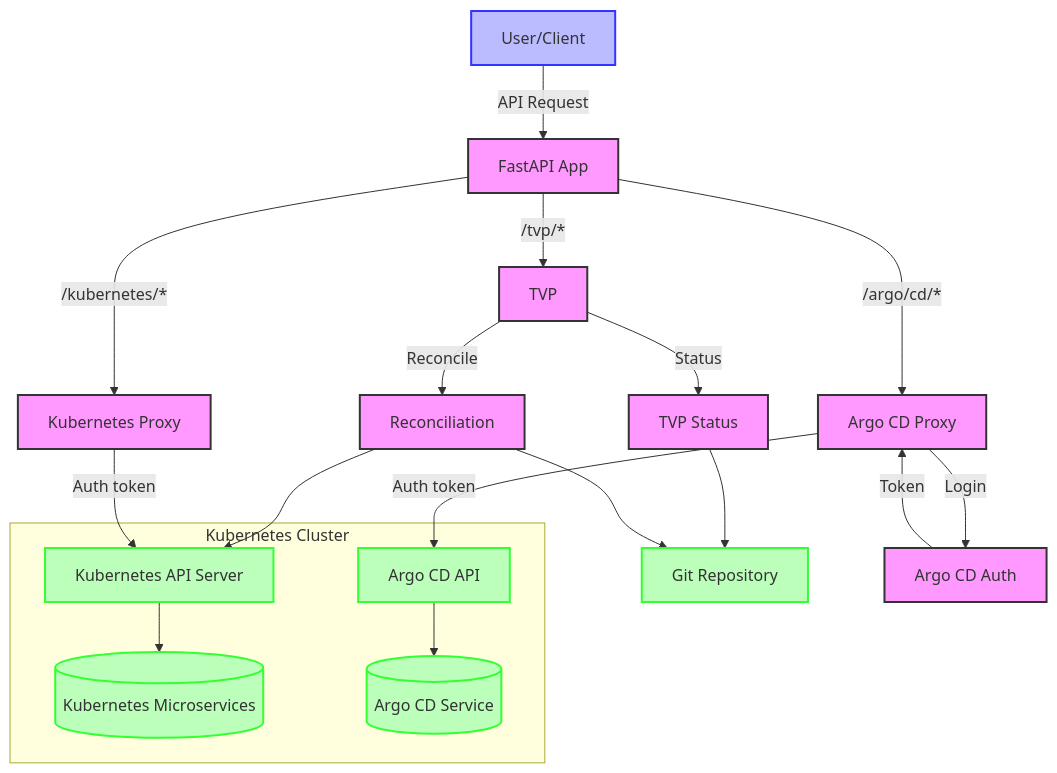
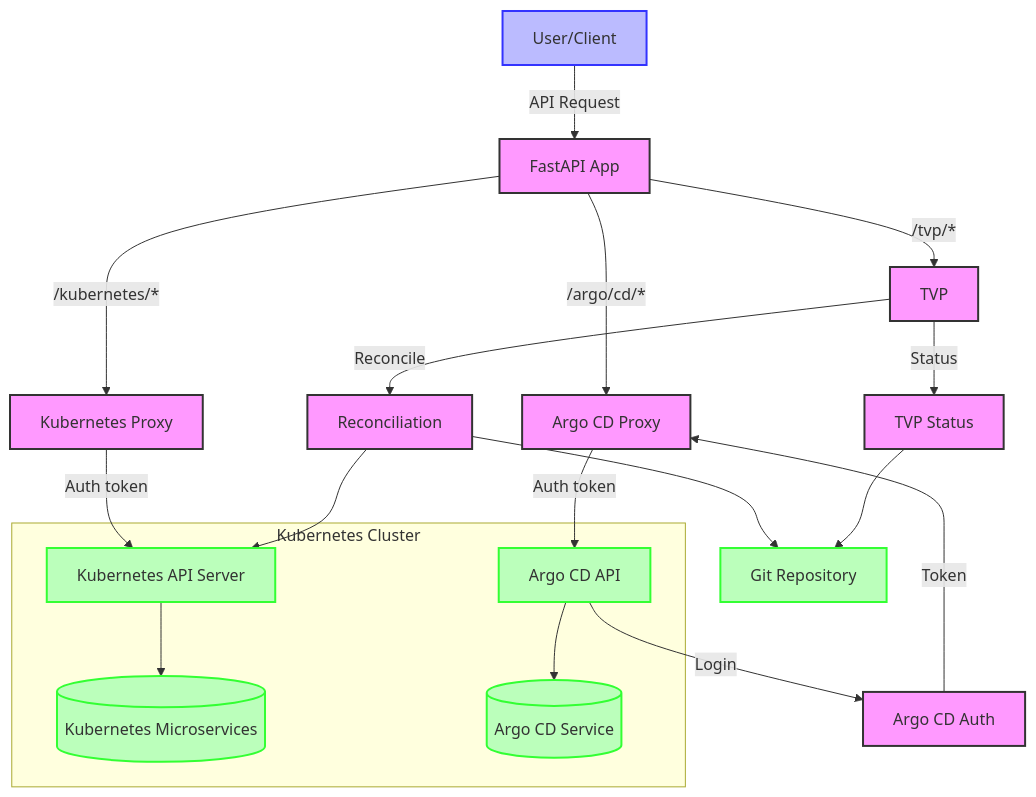
One commit to lloydchang/tvp-k8s changed the diagram in fastapi/mermaid/data-flow-diagram.mermaid. Above: the diagram before and after it, drawn with Mermaid.

```diff
--- a/fastapi/mermaid/data-flow-diagram.mermaid
+++ b/fastapi/mermaid/data-flow-diagram.mermaid
@@ -1,31 +1,31 @@
 flowchart TD
     User[User/Client] -->|API Request| API[FastAPI App]
     
     API -->|/kubernetes/*| KP[Kubernetes Proxy]
     API -->|/argo/cd/*| AP[Argo CD Proxy]
     API -->|/tvp/*| TVP[TVP]
         
     TVP -->|Status| TS[TVP Status]
     TVP -->|Reconcile| R[Reconciliation]
     
     TS --> Git[Git Repository]
     R --> Git
     R --> KA
 
     KP -->|Auth token| KA[Kubernetes API Server]
     AP -->|Auth token| AA[Argo CD API]
-    AP -->|Login| Auth[Argo CD Auth]
+    AA -->|Login| Auth[Argo CD Auth]
     Auth -->|Token| AP
 
     subgraph "Kubernetes Cluster"
         KA --> Kubernetes[(Kubernetes Microservices)]
         AA --> ArgoCD[(Argo CD Service)]
     end
     
     classDef user fill:#bbf,stroke:#33f,stroke-width:2px
     classDef app fill:#f9f,stroke:#333,stroke-width:2px
     classDef external fill:#bfb,stroke:#3f3,stroke-width:2px
     
     class User user
     class API,KP,AP,TVP,TS,R,Auth app
     class Kubernetes,ArgoCD,Git,KA,AA external
```
